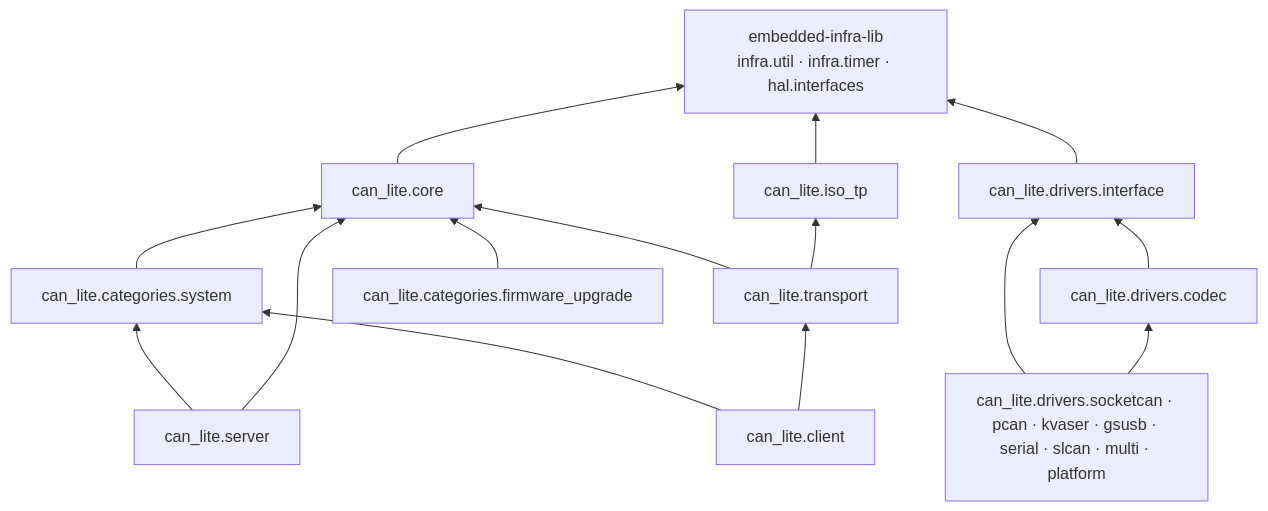
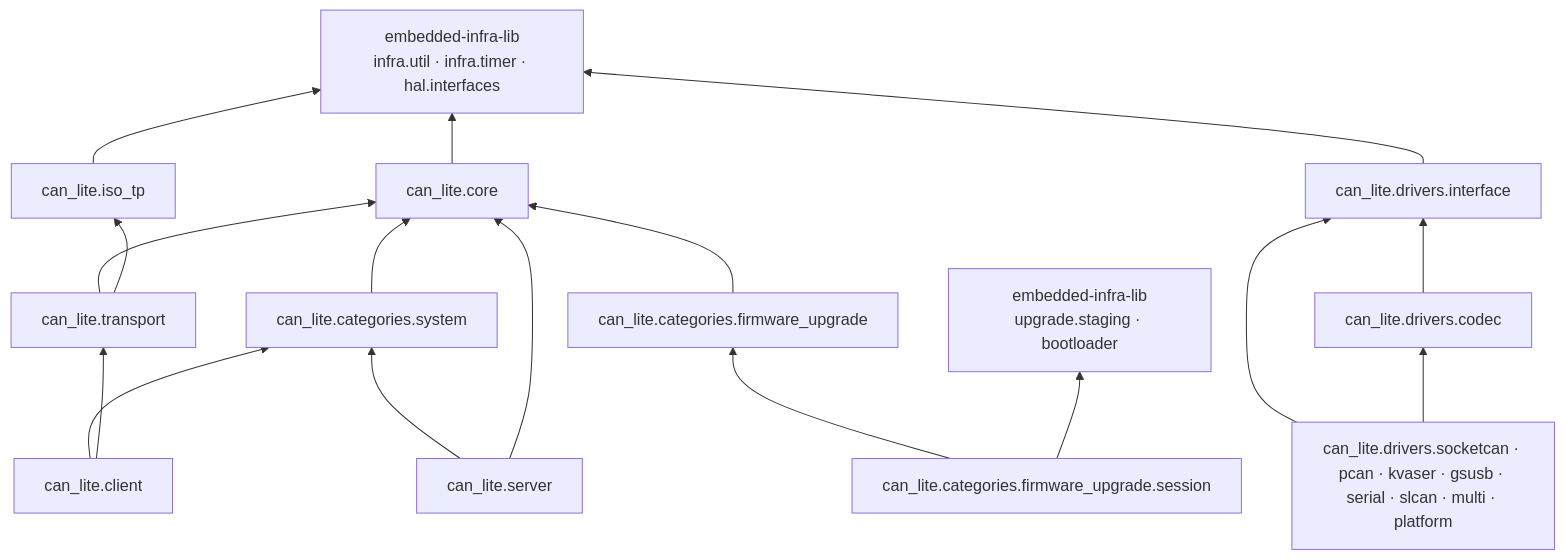
Before and after one commit to embedded-pro/can-lite: the second of 3 diagrams in documents/booklet/02-layer-map.md, drawn with Mermaid. The commit also changed other lines of this file and 19 other files, not shown here.

First line of the commit message:
feat(firmware_upgrade): add FirmwareUpgradeSession, the upgrade session behind the category server (#93)

````diff
--- a/documents/booklet/02-layer-map.md
+++ b/documents/booklet/02-layer-map.md
@@ -91,29 +91,33 @@
 ```mermaid
 flowchart BT
     core["can_lite.core"]
     isotp["can_lite.iso_tp"]
     transport["can_lite.transport"]
     system["can_lite.categories.system"]
     fwu["can_lite.categories.firmware_upgrade"]
+    session["can_lite.categories.firmware_upgrade.session"]
     server["can_lite.server"]
     client["can_lite.client"]
     drvif["can_lite.drivers.interface"]
     codec["can_lite.drivers.codec"]
     drv["can_lite.drivers.socketcan · pcan · kvaser · gsusb · serial · slcan · multi · platform"]
     emil["embedded-infra-lib<br/>infra.util · infra.timer · hal.interfaces"]
+    upgrade["embedded-infra-lib<br/>upgrade.staging · bootloader"]
 
     core --> emil
     isotp --> emil
     transport --> core
     transport --> isotp
     system --> core
     fwu --> core
+    session --> fwu
+    session --> upgrade
     server --> system
     server --> core
     client --> system
     client --> transport
     drvif --> emil
     codec --> drvif
     drv --> drvif
     drv --> codec
 ```
````
